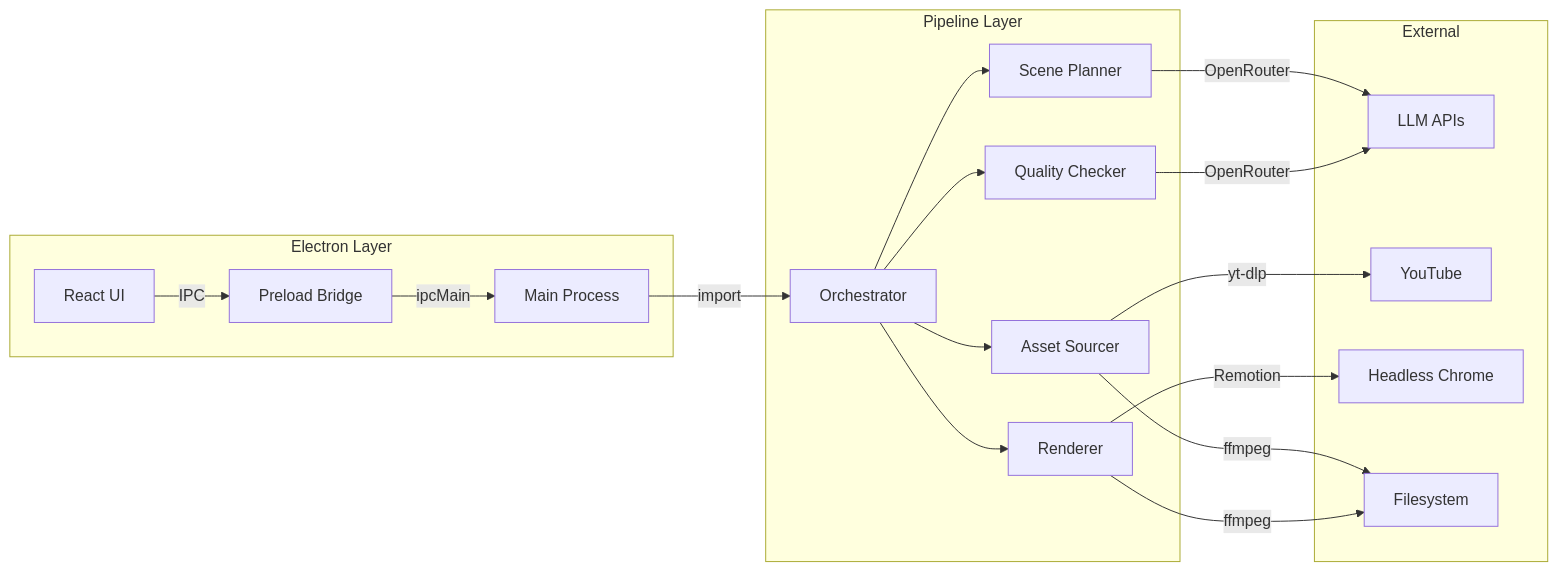
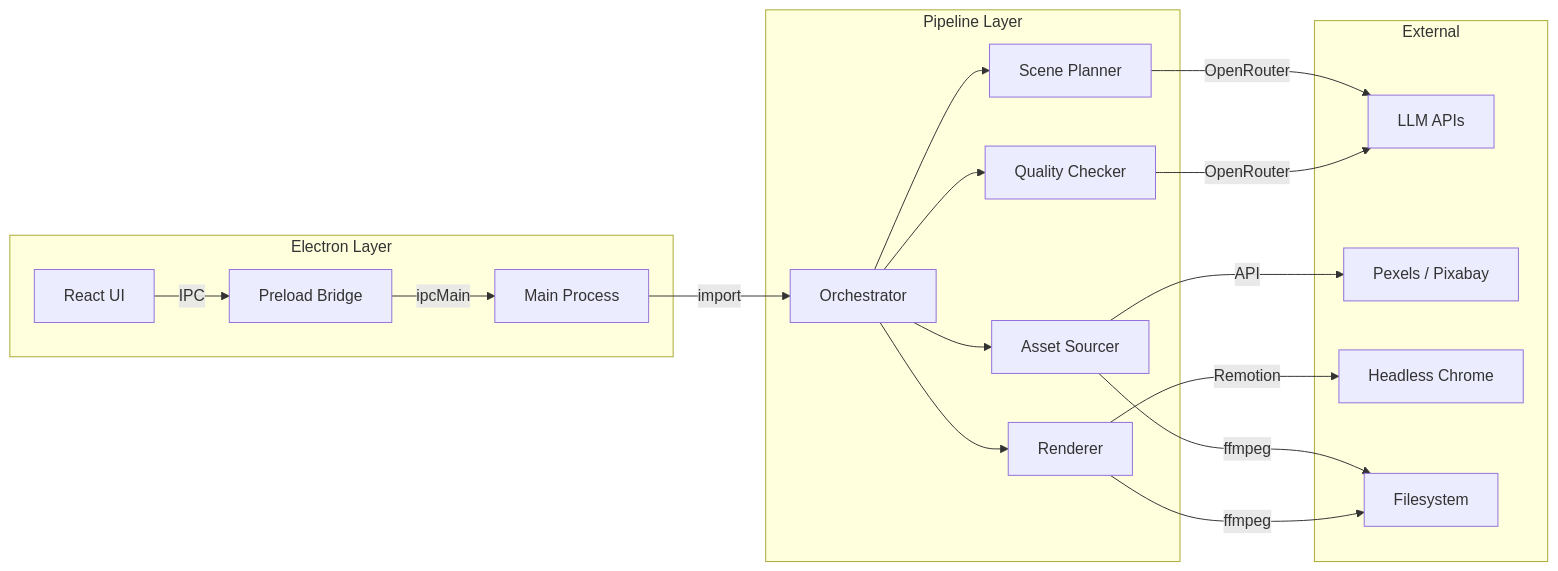
The diagram in docs/Architecture.md (A-Raphie/Raphie-Editor), drawn with Mermaid before and after one commit. The commit also changed other lines of this file and 28 other files, not shown here.

````diff
--- a/docs/Architecture.md
+++ b/docs/Architecture.md
@@ -11,24 +11,24 @@
 ```mermaid
 graph LR
     subgraph "Electron Layer"
         UI[React UI] --> |IPC| PRE[Preload Bridge]
         PRE --> |ipcMain| MAIN[Main Process]
     end
     
     subgraph "Pipeline Layer"
         MAIN --> |import| ORCH[Orchestrator]
         ORCH --> SP[Scene Planner]
         ORCH --> AS[Asset Sourcer]
         ORCH --> QC[Quality Checker]
         ORCH --> REN[Renderer]
     end
     
     subgraph "External"
         SP --> |OpenRouter| LLM[LLM APIs]
         QC --> |OpenRouter| LLM
-        AS --> |yt-dlp| YT[YouTube]
+        AS --> |API| STOCK[Pexels / Pixabay]
         REN --> |Remotion| CHROME[Headless Chrome]
         AS --> |ffmpeg| FS[Filesystem]
         REN --> |ffmpeg| FS
     end
 ```
````
